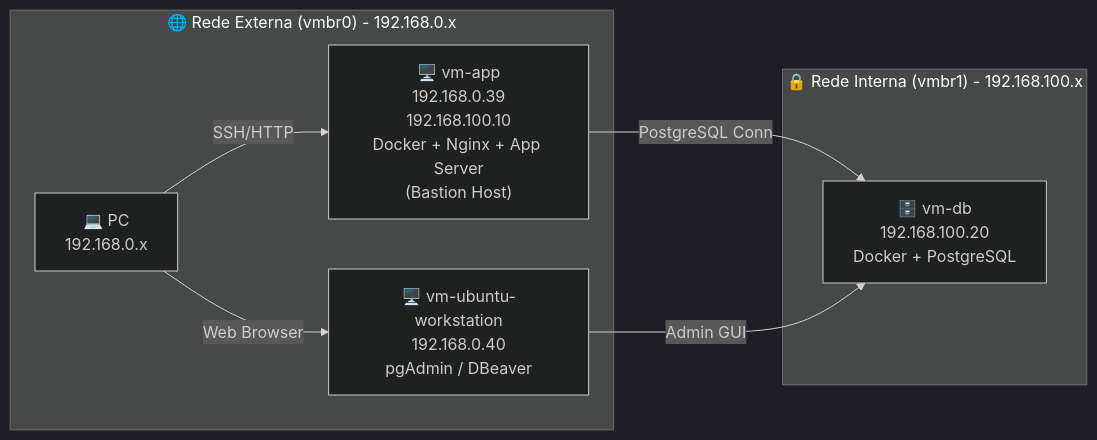
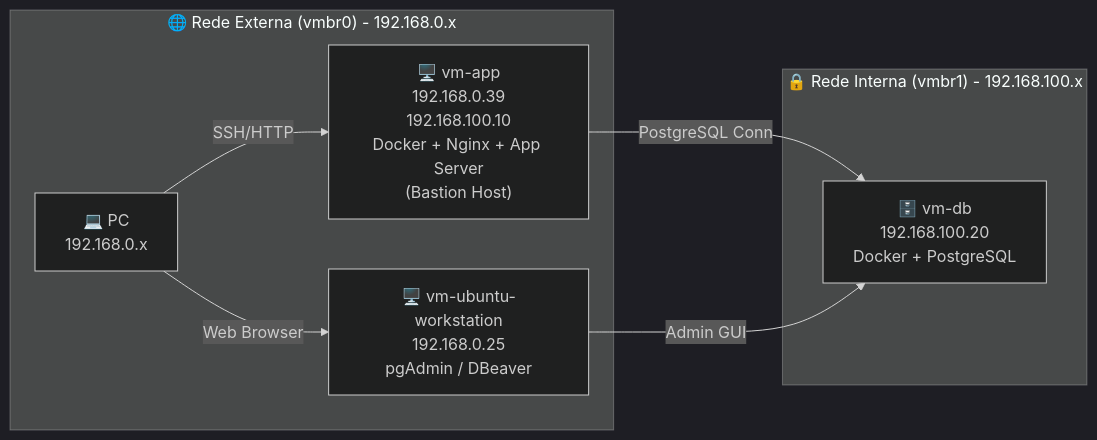
One commit to golberysantos/javahelpers changed the first of 2 diagrams in JavaHelper-AI/docs/architecture/mini-datacenter-documentation.md. Above: the diagram before and after it, drawn with Mermaid (dark theme). The commit also changed other lines of this file and 4 other files, not shown here.

````diff
--- a/JavaHelper-AI/docs/architecture/mini-datacenter-documentation.md
+++ b/JavaHelper-AI/docs/architecture/mini-datacenter-documentation.md
@@ -125,21 +59,20 @@
 ```mermaid
 flowchart LR
     PC["💻 PC\n192.168.0.x"] -->|SSH/HTTP| VMAPP["🖥️ vm-app\n192.168.0.39\n192.168.100.10\nDocker + Nginx + App Server\n(Bastion Host)"]
     VMAPP -->|PostgreSQL Conn| VMDB["🗄️ vm-db\n192.168.100.20\nDocker + PostgreSQL"]
-    PC -->|Web Browser| VMWS["🖥️ vm-ubuntu-workstation\n192.168.0.40\npgAdmin / DBeaver"]
+    PC -->|Web Browser| VMWS["🖥️ vm-ubuntu-workstation\n192.168.0.25\npgAdmin / DBeaver"]
 
     subgraph External_Network ["🌐 Rede Externa (vmbr0) - 192.168.0.x"]
         PC
         VMAPP
         VMWS
     end
 
     subgraph Internal_Network ["🔒 Rede Interna (vmbr1) - 192.168.100.x"]
         VMAPP
         VMDB
         VMWS
     end
 
     VMWS -->|Admin GUI| VMDB
-
 ```
````
